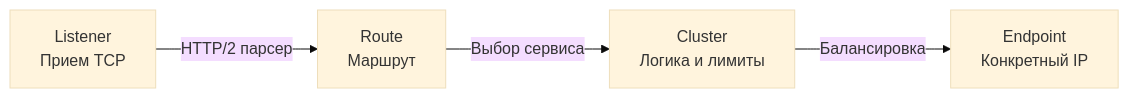
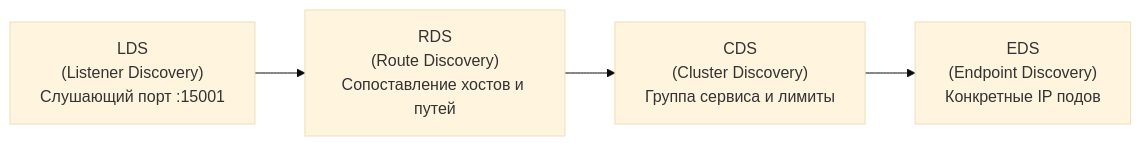
One commit to UnrealTemplier/go-textbook changed the fourth of 4 diagrams in sources/14. Распределенные системы на Go/06. Сеть/2. Envoy и sidecar.md. Above: the diagram before and after it, drawn with Mermaid (base theme). The commit also changed other lines of this file, not shown here.

````diff
--- a/sources/14. Распределенные системы на Go/06. Сеть/2. Envoy и sidecar.md
+++ b/sources/14. Распределенные системы на Go/06. Сеть/2. Envoy и sidecar.md
@@ -84,6 +110,6 @@
 ```mermaid
 flowchart LR
-    LDS["Listener<br>Прием TCP"]-->|"HTTP/2 парсер"|RDS["Route<br>Маршрут"]
-    RDS-->|"Выбор сервиса"|CDS["Cluster<br>Логика и лимиты"]
-    CDS-->|"Балансировка"|EDS["Endpoint<br>Конкретный IP"]
+    LDS["LDS<br/>(Listener Discovery)<br/>Слушающий порт :15001"] --> RDS["RDS<br/>(Route Discovery)<br/>Сопоставление хостов и путей"]
+    RDS --> CDS["CDS<br/>(Cluster Discovery)<br/>Группа сервиса и лимиты"]
+    CDS --> EDS["EDS<br/>(Endpoint Discovery)<br/>Конкретные IP подов"]
 ```
````
